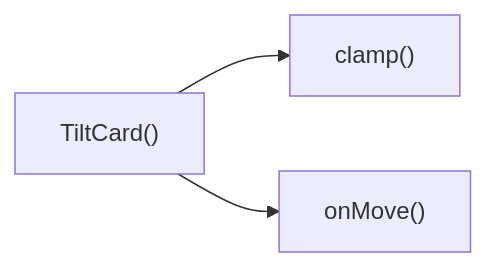
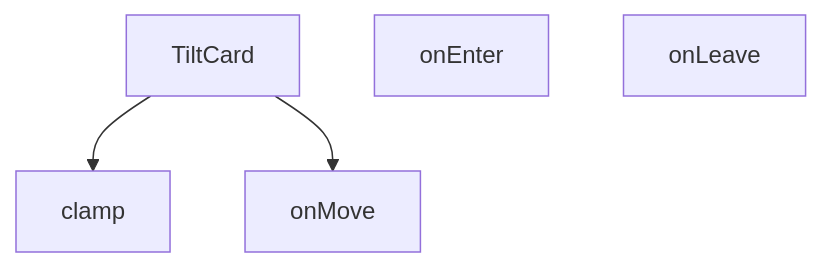
One commit to peckop/venthub-hvac-esite changed the diagram in src/components/TiltCard.md. Above: the diagram before and after it, drawn with Mermaid. The commit also changed other lines of this file and 488 other files, not shown here.

````diff
--- a/src/components/TiltCard.md
+++ b/src/components/TiltCard.md
@@ -151,5 +146,10 @@
 ```mermaid
-graph LR
-    TiltCard["TiltCard()"] --> clamp["clamp()"]
-    TiltCard["TiltCard()"] --> onMove["onMove()"]
+graph TD
+    TiltCard_tsx__TiltCard["TiltCard"]
+    TiltCard_tsx__clamp["clamp"]
+    TiltCard_tsx__onEnter["onEnter"]
+    TiltCard_tsx__onLeave["onLeave"]
+    TiltCard_tsx__onMove["onMove"]
+    TiltCard_tsx__TiltCard --> TiltCard_tsx__clamp
+    TiltCard_tsx__TiltCard --> TiltCard_tsx__onMove
 ```
````
